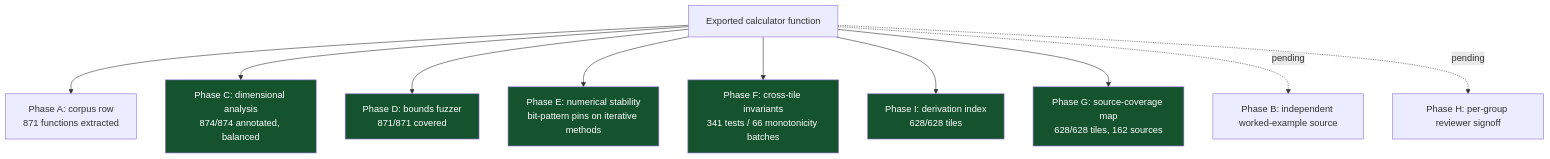
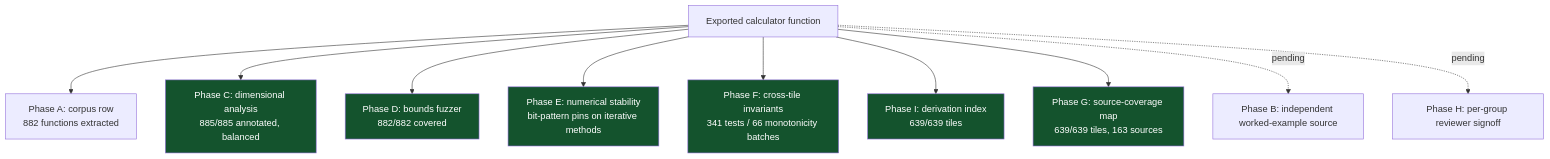
One commit to clay-good/roughlogic.com changed the sixth of 8 diagrams in README.md. Above: the diagram before and after it, drawn with Mermaid. The commit also changed other lines of this file and 33 other files, not shown here.

````diff
--- a/README.md
+++ b/README.md
@@ -474,18 +474,18 @@
 ```mermaid
 flowchart TB
-    F[Exported calculator function] --> A[Phase A: corpus row\n871 functions extracted]
-    F --> C[Phase C: dimensional analysis\n874/874 annotated, balanced]
-    F --> D[Phase D: bounds fuzzer\n871/871 covered]
+    F[Exported calculator function] --> A[Phase A: corpus row\n882 functions extracted]
+    F --> C[Phase C: dimensional analysis\n885/885 annotated, balanced]
+    F --> D[Phase D: bounds fuzzer\n882/882 covered]
     F --> E[Phase E: numerical stability\nbit-pattern pins on iterative methods]
     F --> Fa[Phase F: cross-tile invariants\n341 tests / 66 monotonicity batches]
-    F --> I[Phase I: derivation index\n628/628 tiles]
-    F --> G[Phase G: source-coverage map\n628/628 tiles, 162 sources]
+    F --> I[Phase I: derivation index\n639/639 tiles]
+    F --> G[Phase G: source-coverage map\n639/639 tiles, 163 sources]
     F -.pending.-> B[Phase B: independent worked-example source]
     F -.pending.-> H[Phase H: per-group reviewer signoff]
     style C fill:#14532d,color:#fff
     style D fill:#14532d,color:#fff
     style E fill:#14532d,color:#fff
     style Fa fill:#14532d,color:#fff
     style G fill:#14532d,color:#fff
     style I fill:#14532d,color:#fff
 ```
````
